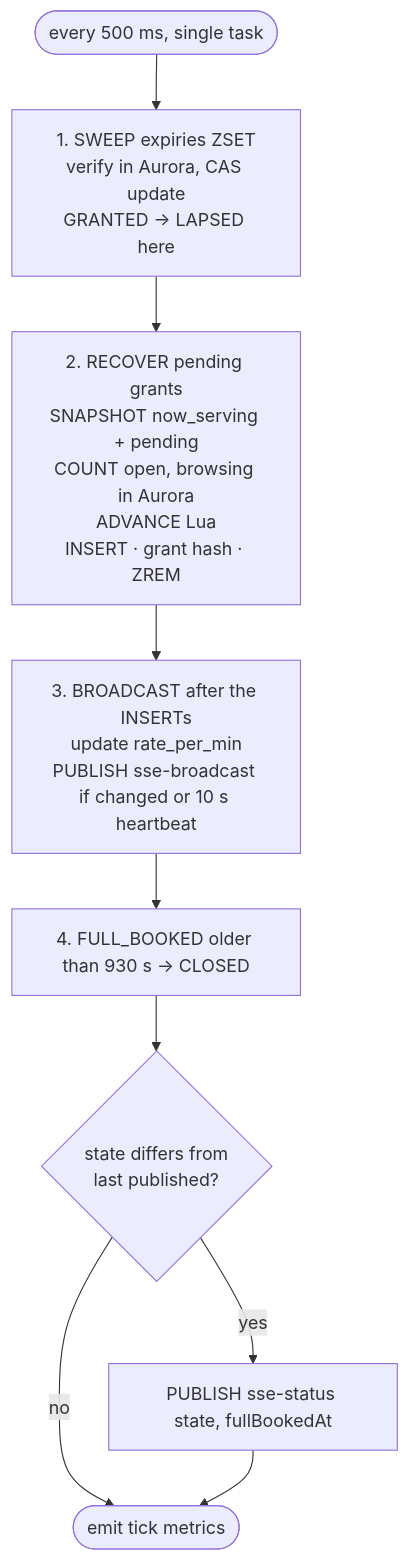
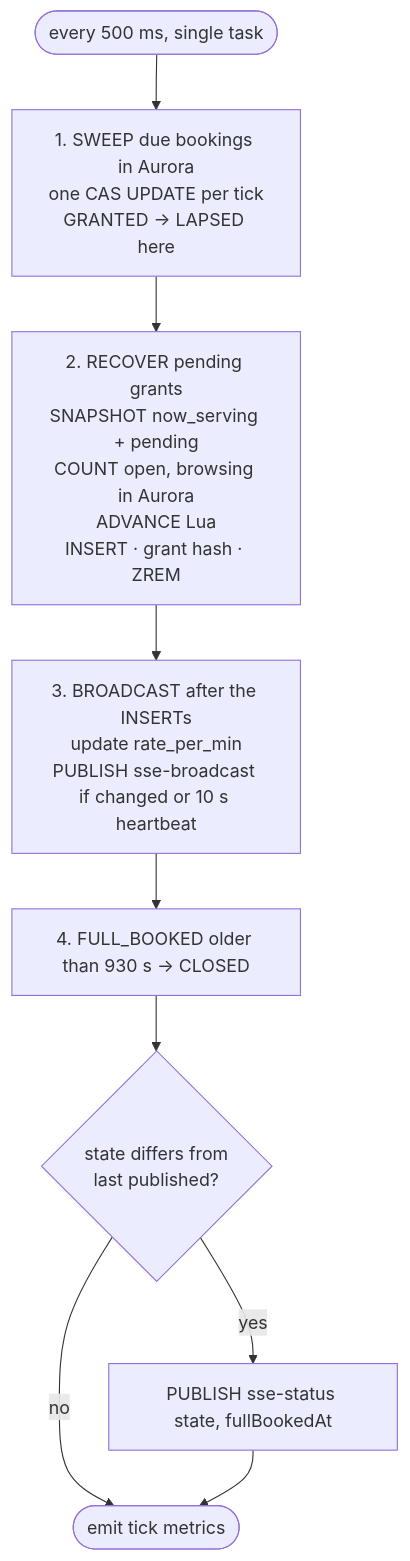
One commit to PTServerJanganTumbang-BookingTicket/be-rusuh-war-ticketing changed the first of 4 diagrams in docs/04-queue/05-admission-controller.md. Above: the diagram before and after it, drawn with Mermaid. The commit also changed other lines of this file and 35 other files, not shown here.

````diff
--- a/docs/04-queue/05-admission-controller.md
+++ b/docs/04-queue/05-admission-controller.md
@@ -25,11 +25,11 @@
 ```mermaid
 flowchart TD
-    T([every 500 ms, single task]) --> S[1. SWEEP expiries ZSET<br/>verify in Aurora, CAS update<br/>GRANTED → LAPSED here]
+    T([every 500 ms, single task]) --> S[1. SWEEP due bookings in Aurora<br/>one CAS UPDATE per tick<br/>GRANTED → LAPSED here]
     S --> ADV[2. RECOVER pending grants<br/>SNAPSHOT now_serving + pending<br/>COUNT open, browsing in Aurora<br/>ADVANCE Lua<br/>INSERT · grant hash · ZREM]
     ADV --> B[3. BROADCAST after the INSERTs<br/>update rate_per_min<br/>PUBLISH sse-broadcast if changed or 10 s heartbeat]
     B --> SO[4. FULL_BOOKED older than 930 s → CLOSED]
     SO --> ST{state differs from<br/>last published?}
     ST -->|yes| PS[PUBLISH sse-status state, fullBookedAt]
     ST -->|no| M
     PS --> M([emit tick metrics])
 ```
````
